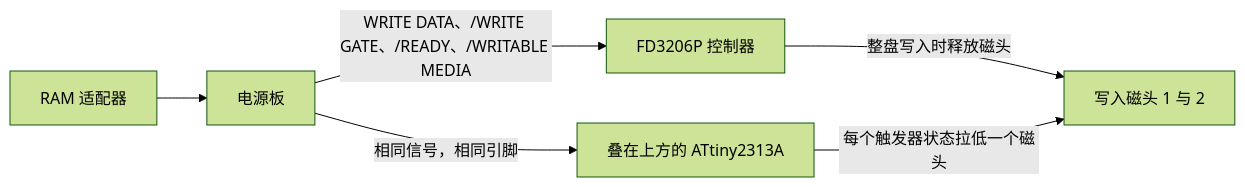
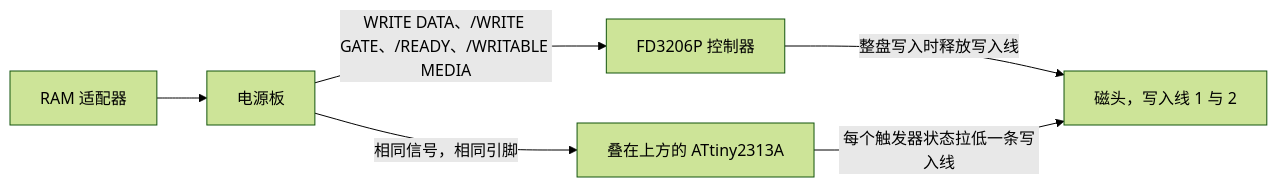
One commit to gufranco/fd3206-write-unlock changed the diagram in README.zh-CN.md. Above: the diagram before and after it, drawn with Mermaid (forest theme). The commit also changed other lines of this file and 25 other files, not shown here.

````diff
--- a/README.zh-CN.md
+++ b/README.zh-CN.md
@@ -109,8 +109,8 @@
 ```mermaid
 graph LR
     RAM[RAM 适配器] --> PWR[电源板]
     PWR -->|WRITE DATA、/WRITE GATE、/READY、/WRITABLE MEDIA| FD[FD3206P 控制器]
     PWR -->|相同信号，相同引脚| AT[叠在上方的 ATtiny2313A]
-    FD -->|整盘写入时释放磁头| HEADS[写入磁头 1 与 2]
-    AT -->|每个触发器状态拉低一个磁头| HEADS
+    FD -->|整盘写入时释放写入线| HEAD[磁头，写入线 1 与 2]
+    AT -->|每个触发器状态拉低一条写入线| HEAD
 ```
````
